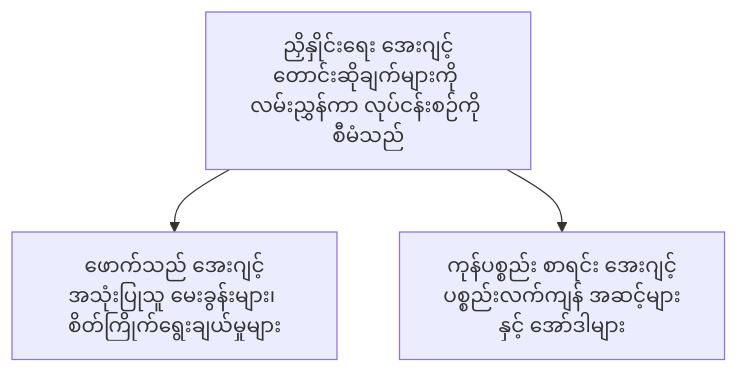
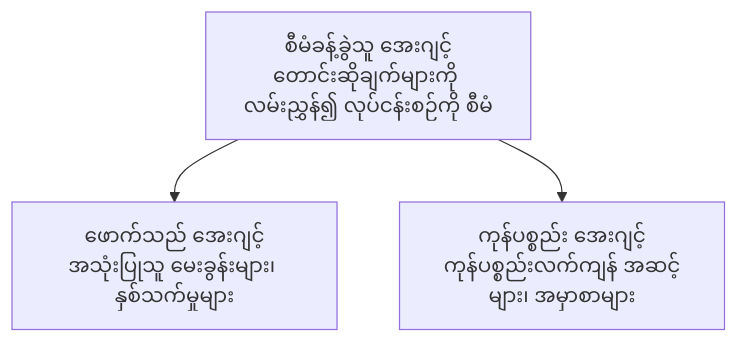
Before and after one commit to microsoft/AZD-for-beginners: the diagram in translations/my/docs/chapter-05-multi-agent/README.md, drawn with Mermaid. The commit also changed other lines of this file and 101 other files, not shown here.

````diff
--- a/translations/my/docs/chapter-05-multi-agent/README.md
+++ b/translations/my/docs/chapter-05-multi-agent/README.md
@@ -50,5 +52,5 @@
 ```mermaid
 graph TD
-    Orchestrator[ညှိနှိုင်းရေး အေးဂျင့်<br/>တောင်းဆိုချက်များကို လမ်းညွှန်ကာ လုပ်ငန်းစဉ်ကို စီမံသည်] --> Customer[ဖောက်သည် အေးဂျင့်<br/>အသုံးပြုသူ မေးခွန်းများ၊ စိတ်ကြိုက်ရွေးချယ်မှုများ]
-    Orchestrator --> Inventory[ကုန်ပစ္စည်း စာရင်း အေးဂျင့်<br/>ပစ္စည်းလက်ကျန် အဆင့်များနှင့် အော်ဒါများ]
+    Orchestrator[စီမံခန့်ခွဲသူ အေးဂျင့်<br/>တောင်းဆိုချက်များကို လမ်းညွှန်၍ လုပ်ငန်းစဉ်ကို စီမံ] --> Customer[ဖောက်သည် အေးဂျင့်<br/>အသုံးပြုသူ မေးခွန်းများ၊ နှစ်သက်မှုများ]
+    Orchestrator --> Inventory[ကုန်ပစ္စည်း အေးဂျင့်<br/>ကုန်ပစ္စည်းလက်ကျန် အဆင့်များ၊ အမှာစာများ]
 ```
````
